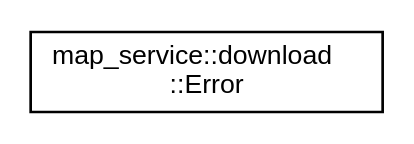
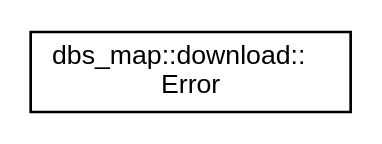
Before and after one commit to DSD-DBS/dbs-onboard-map-api: the diagram in inherit_graph_2.dot, drawn with Graphviz. The commit also changed 219 other files, not shown here.

Commit message:
Deploying to gh-pages from @ DSD-DBS/dbs-onboard-map-api@ce03e47ca5b45ffc5294686cc3363d8af5fea311 🚀

```diff
--- a/inherit_graph_2.dot
+++ b/inherit_graph_2.dot
@@ -1,8 +1,8 @@
 digraph "Graphical Class Hierarchy"
 {
  // LATEX_PDF_SIZE
   edge [fontname="Helvetica",fontsize="10",labelfontname="Helvetica",labelfontsize="10"];
   node [fontname="Helvetica",fontsize="10",shape=record];
   rankdir="LR";
-  Node0 [label="map_service::download\l::Error",height=0.2,width=0.4,color="black", fillcolor="white", style="filled",URL="$structmap__service_1_1download_1_1Error.html",tooltip="Struct representing an error that occurred during a MapService::UpdateMap operation."];
+  Node0 [label="dbs_map::download::\lError",height=0.2,width=0.4,color="black", fillcolor="white", style="filled",URL="$structdbs__map_1_1download_1_1Error.html",tooltip="Struct representing an error that occurred during a MapService::UpdateMap operation."];
 }
```
